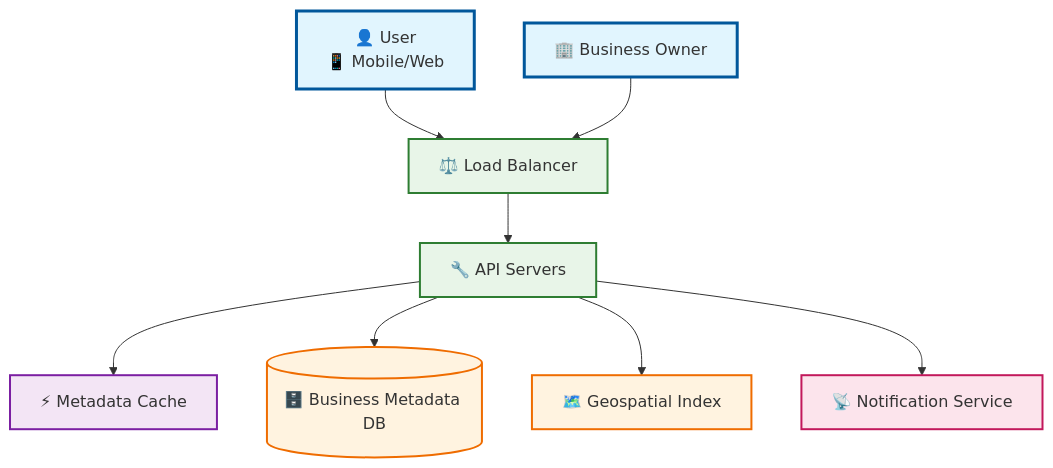
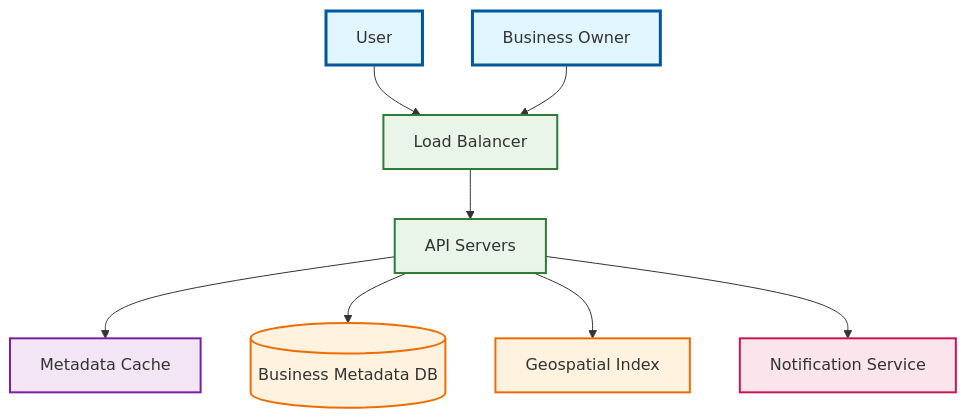
Before and after one commit to NalinDalal/system-design: the first of 6 diagrams in 14.ProximityService.md, drawn with Mermaid. The commit also changed other lines of this file and 1 other file, not shown here.

Commit message:
proximity service

````diff
--- a/14.ProximityService.md
+++ b/14.ProximityService.md
@@ -62,25 +62,25 @@
 ```mermaid
 graph TD
-    U[👤 User<br/>📱 Mobile/Web] --> LB[⚖️ Load Balancer]
-    BO[🏢 Business Owner] --> LB
+    U[ User] --> LB[ Load Balancer]
+    BO[ Business Owner] --> LB
 
-    LB --> API[🔧 API Servers]
+    LB --> API[ API Servers]
 
-    API --> CACHE[⚡ Metadata Cache]
-    API --> DB[(🗄️ Business Metadata DB)]
-    API --> IDX[🗺️ Geospatial Index]
+    API --> CACHE[ Metadata Cache]
+    API --> DB[( Business Metadata DB)]
+    API --> IDX[ Geospatial Index]
 
-    API --> NS[📡 Notification Service]
+    API --> NS[ Notification Service]
 
     classDef userStyle fill:#e1f5fe,stroke:#01579b,stroke-width:3px
     classDef serverStyle fill:#e8f5e8,stroke:#2e7d32,stroke-width:2px
     classDef dbStyle fill:#fff3e0,stroke:#ef6c00,stroke-width:2px
     classDef cacheStyle fill:#f3e5f5,stroke:#7b1fa2,stroke-width:2px
     classDef notifyStyle fill:#fce4ec,stroke:#c2185b,stroke-width:2px
 
     class U,BO userStyle
     class API,LB serverStyle
     class DB,IDX dbStyle
     class CACHE cacheStyle
     class NS notifyStyle
 ```
````
